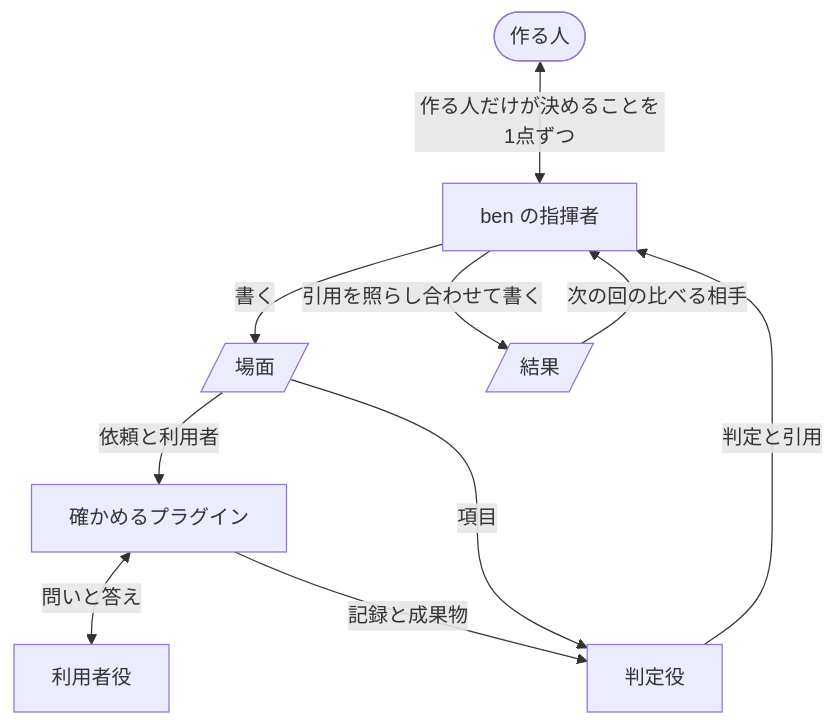
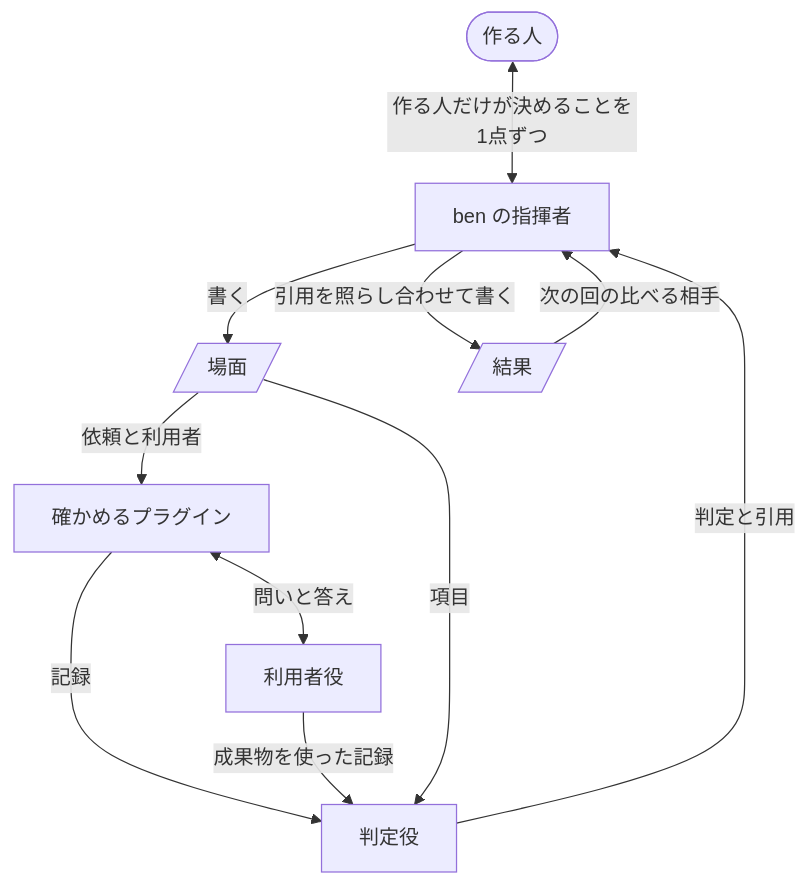
Before and after one commit to lovaizu/ccpm: the second of 2 diagrams in dev/ben/design.md, drawn with Mermaid. The commit also changed other lines of this file and 3 other files, not shown here.

````diff
--- a/dev/ben/design.md
+++ b/dev/ben/design.md
@@ -158,19 +166,20 @@
 ```mermaid
 flowchart TD
   B([作る人])
   C[ben の指揮者]
   S[/場面/]
   P[確かめるプラグイン]
   U[利用者役]
   J[判定役]
   R[/結果/]
   B <-->|作る人だけが決めることを1点ずつ| C
   C -->|書く| S
   S -->|依頼と利用者| P
   P <-->|問いと答え| U
-  P -->|記録と成果物| J
+  P -->|記録| J
+  U -->|成果物を使った記録| J
   S -->|項目| J
   J -->|判定と引用| C
   C -->|引用を照らし合わせて書く| R
   R -->|次の回の比べる相手| C
 ```
````
